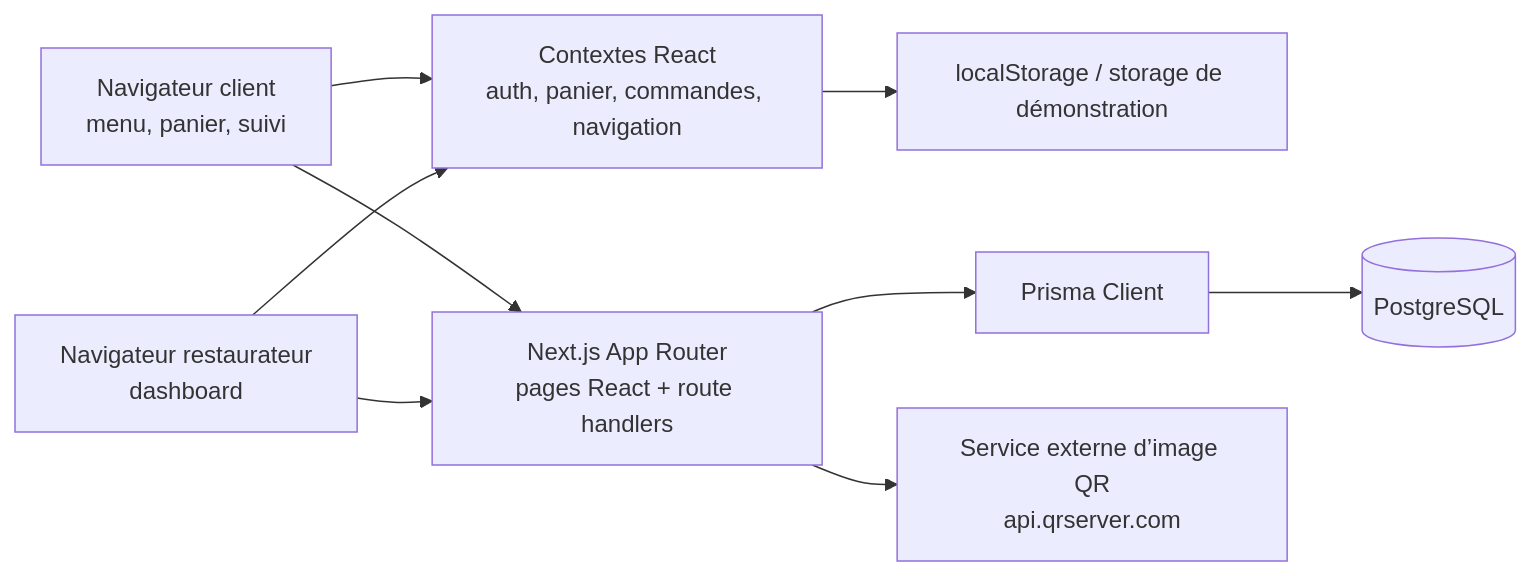
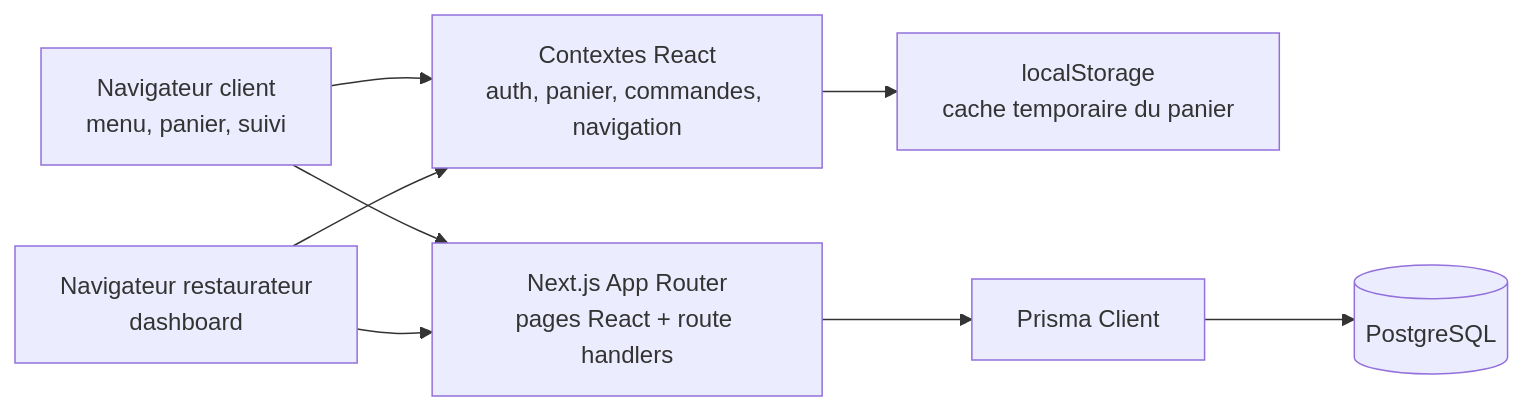
One commit to Josue-ui582/qresto changed the diagram in PROJECT_OVERVIEW.md. Above: the diagram before and after it, drawn with Mermaid. The commit also changed other lines of this file and 23 other files, not shown here.

````diff
--- a/PROJECT_OVERVIEW.md
+++ b/PROJECT_OVERVIEW.md
@@ -44,19 +44,17 @@
 ```mermaid
 flowchart LR
   Client["Navigateur client<br/>menu, panier, suivi"]
   Admin["Navigateur restaurateur<br/>dashboard"]
   Next["Next.js App Router<br/>pages React + route handlers"]
   Context["Contextes React<br/>auth, panier, commandes, navigation"]
-  Local["localStorage / storage de démonstration"]
+  Local["localStorage<br/>cache temporaire du panier"]
   Prisma["Prisma Client"]
   PG[("PostgreSQL")]
-  QR["Service externe d’image QR<br/>api.qrserver.com"]
 
   Client --> Next
   Admin --> Next
   Client --> Context
   Admin --> Context
   Context --> Local
   Next --> Prisma --> PG
-  Next --> QR
 ```
````
